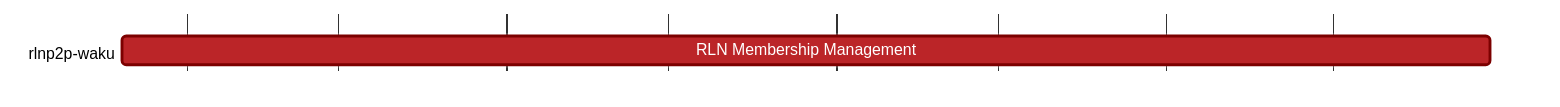
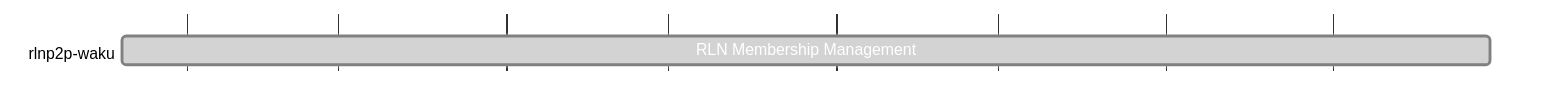
One commit to logos-co/roadmap changed the diagram in content/vac/acz/rlnp2p/waku/rln-membership-management.md. Above: the diagram before and after it, drawn with Mermaid. The commit also changed 5 other files, not shown here.

Commit message:
Vac ACZ roadmap update

````diff
--- a/content/vac/acz/rlnp2p/waku/rln-membership-management.md
+++ b/content/vac/acz/rlnp2p/waku/rln-membership-management.md
@@ -7,19 +7,19 @@
 ```mermaid
 %%{ 
   init: { 
     'theme': 'base', 
     'themeVariables': { 
       'primaryColor': '#BB2528', 
       'primaryTextColor': '#fff', 
       'primaryBorderColor': '#7C0000', 
       'lineColor': '#F8B229', 
       'secondaryColor': '#006100', 
       'tertiaryColor': '#fff' 
     } 
   } 
 }%%
 gantt
 	dateFormat YYYY-MM-DD 
 	section rlnp2p-waku
-		RLN Membership Management :, 2023-01-20, 2023-09-30
+		RLN Membership Management :done, 2023-01-20, 2023-09-30
 ```
````
